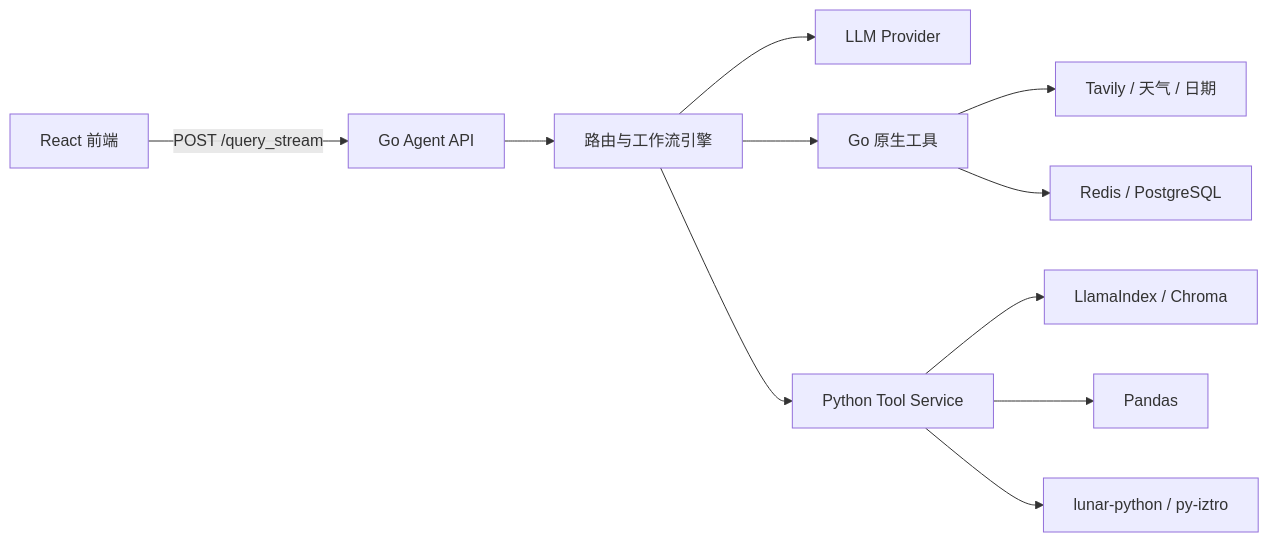
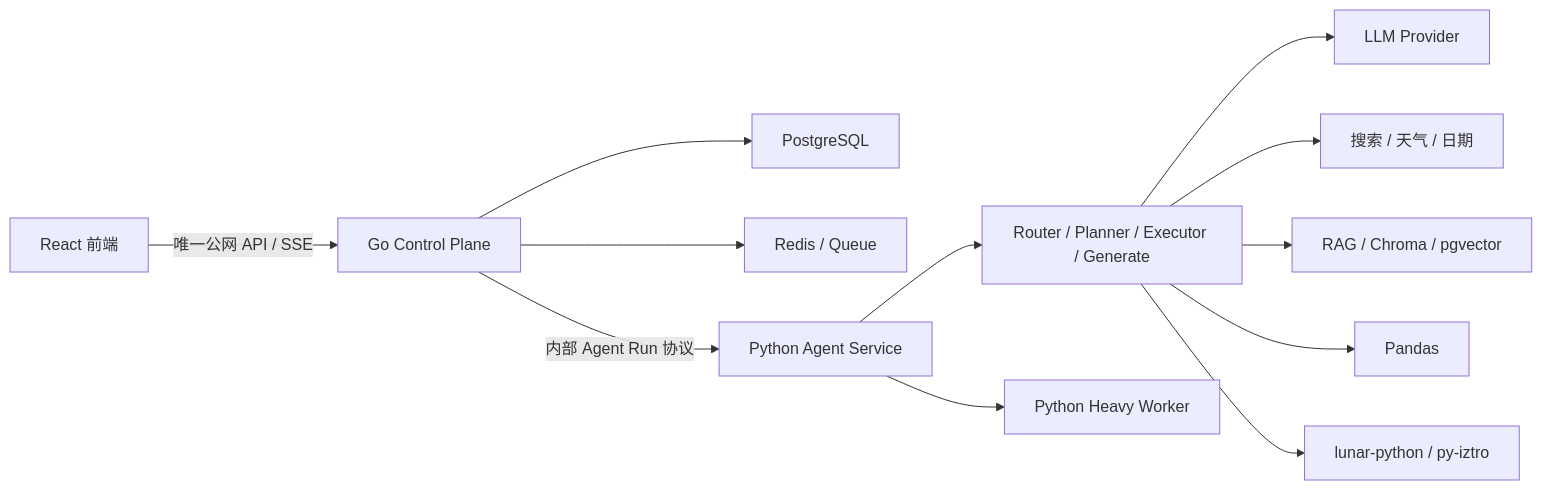
One commit to starslittle/agent changed the first of 6 diagrams in PYTHON_TO_GO_MIGRATION.md. Above: the diagram before and after it, drawn with Mermaid. The commit also changed other lines of this file, not shown here.

Commit message:
docs(architecture): define agent service migration plan

````diff
--- a/PYTHON_TO_GO_MIGRATION.md
+++ b/PYTHON_TO_GO_MIGRATION.md
@@ -24,13 +28,14 @@
 ```mermaid
 flowchart LR
-    FE["React 前端"] -->|POST /query_stream| GO["Go Agent API"]
-    GO --> ROUTER["路由与工作流引擎"]
-    ROUTER --> LLM["LLM Provider"]
-    ROUTER --> GTOOLS["Go 原生工具"]
-    ROUTER --> PYTOOLS["Python Tool Service"]
-    GTOOLS --> WEB["Tavily / 天气 / 日期"]
-    GTOOLS --> DATA["Redis / PostgreSQL"]
-    PYTOOLS --> RAG["LlamaIndex / Chroma"]
-    PYTOOLS --> PD["Pandas"]
-    PYTOOLS --> FORTUNE["lunar-python / py-iztro"]
+    FE["React 前端"] -->|唯一公网 API / SSE| GO["Go Control Plane"]
+    GO --> PG["PostgreSQL"]
+    GO --> REDIS["Redis / Queue"]
+    GO -->|内部 Agent Run 协议| PY["Python Agent Service"]
+    PY --> GRAPH["Router / Planner / Executor / Generate"]
+    GRAPH --> LLM["LLM Provider"]
+    GRAPH --> WEB["搜索 / 天气 / 日期"]
+    GRAPH --> RAG["RAG / Chroma / pgvector"]
+    GRAPH --> PD["Pandas"]
+    GRAPH --> FORTUNE["lunar-python / py-iztro"]
+    PY --> WORKER["Python Heavy Worker"]
 ```
````
